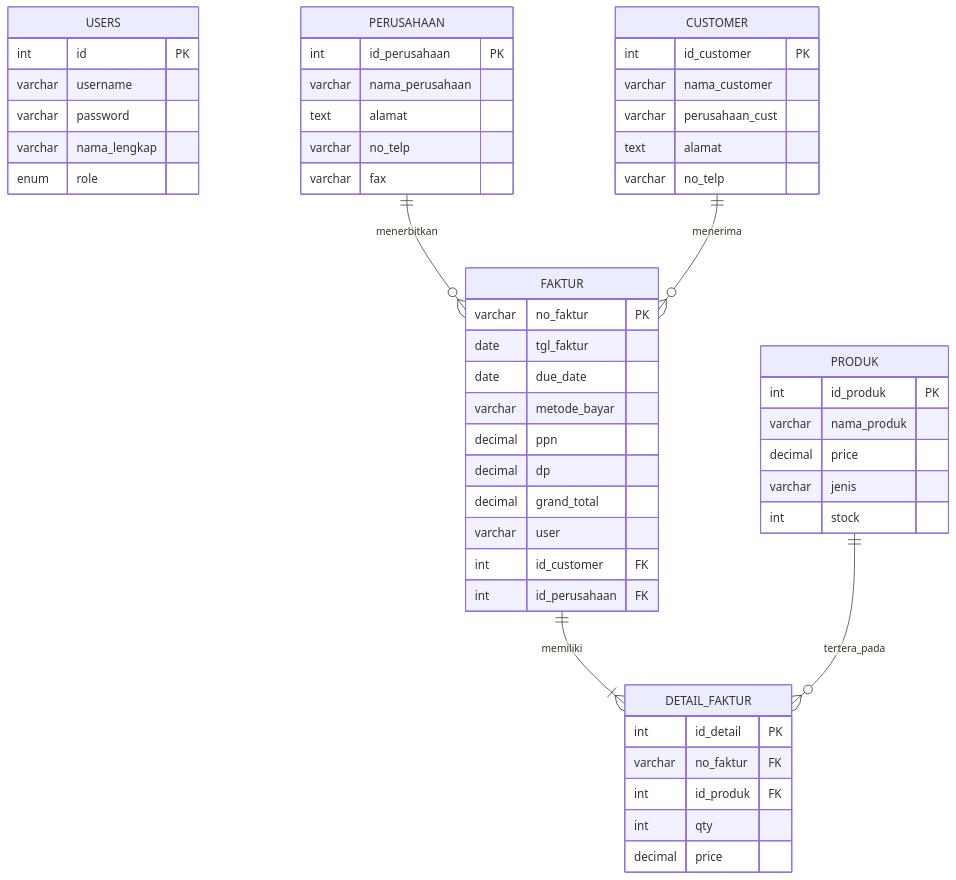
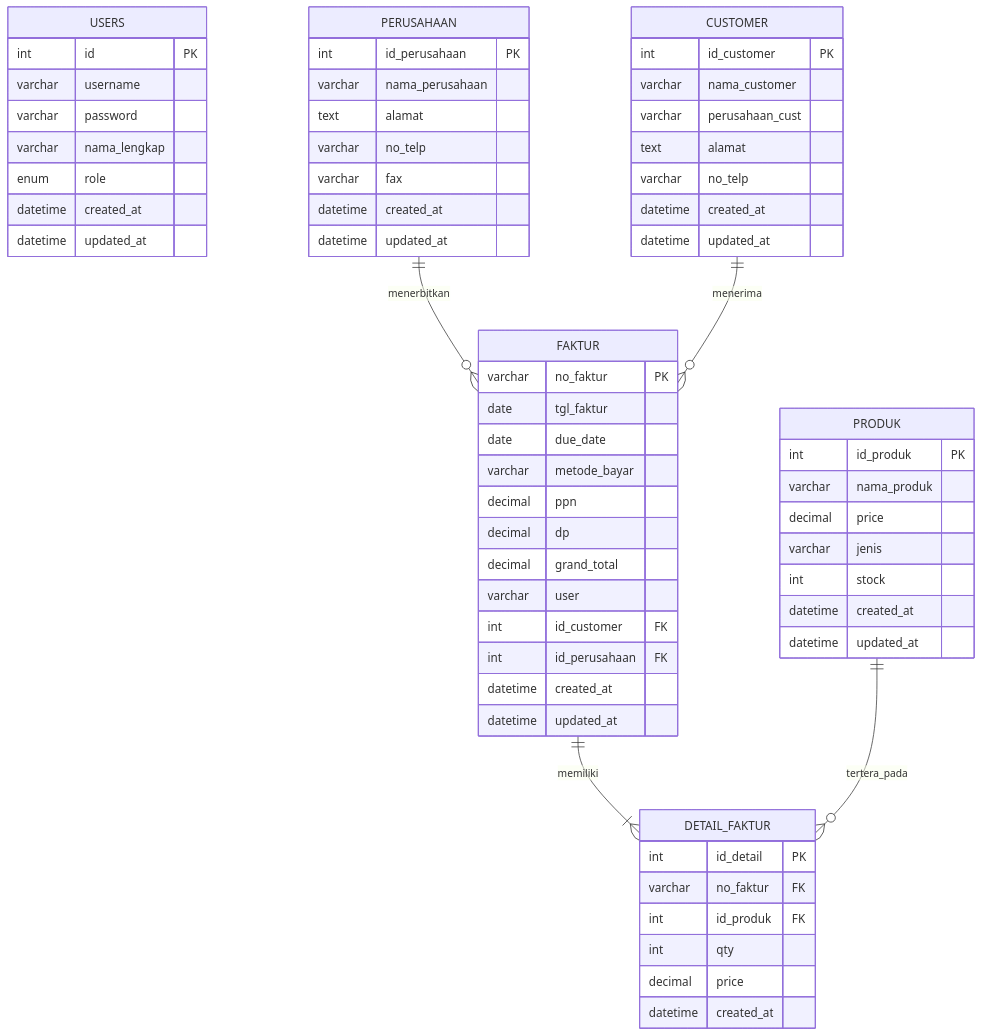
Before and after one commit to kkhwjnrk/kukuh_app: the first of 2 diagrams in docs/SPESIFIKASI.md, drawn with Mermaid. The commit also changed other lines of this file and 33 other files, not shown here.

````diff
--- a/docs/SPESIFIKASI.md
+++ b/docs/SPESIFIKASI.md
@@ -66,59 +71,70 @@
 ```mermaid
 erDiagram
     USERS {
         int id PK
         varchar username
         varchar password
         varchar nama_lengkap
         enum role
+        datetime created_at
+        datetime updated_at
     }
 
     PERUSAHAAN ||--o{ FAKTUR : menerbitkan
     PERUSAHAAN {
         int id_perusahaan PK
         varchar nama_perusahaan
         text alamat
         varchar no_telp
         varchar fax
+        datetime created_at
+        datetime updated_at
     }
 
     CUSTOMER ||--o{ FAKTUR : menerima
     CUSTOMER {
         int id_customer PK
         varchar nama_customer
         varchar perusahaan_cust
         text alamat
         varchar no_telp
+        datetime created_at
+        datetime updated_at
     }
 
     FAKTUR ||--|{ DETAIL_FAKTUR : memiliki
     FAKTUR {
         varchar no_faktur PK
         date tgl_faktur
         date due_date
         varchar metode_bayar
         decimal ppn
         decimal dp
         decimal grand_total
         varchar user
         int id_customer FK
         int id_perusahaan FK
+        datetime created_at
+        datetime updated_at
     }
 
     PRODUK ||--o{ DETAIL_FAKTUR : tertera_pada
     PRODUK {
         int id_produk PK
         varchar nama_produk
         decimal price
         varchar jenis
         int stock
+        datetime created_at
+        datetime updated_at
     }
 
     DETAIL_FAKTUR {
         int id_detail PK
         varchar no_faktur FK
         int id_produk FK
         int qty
         decimal price
+        datetime created_at
     }
 ```
````
